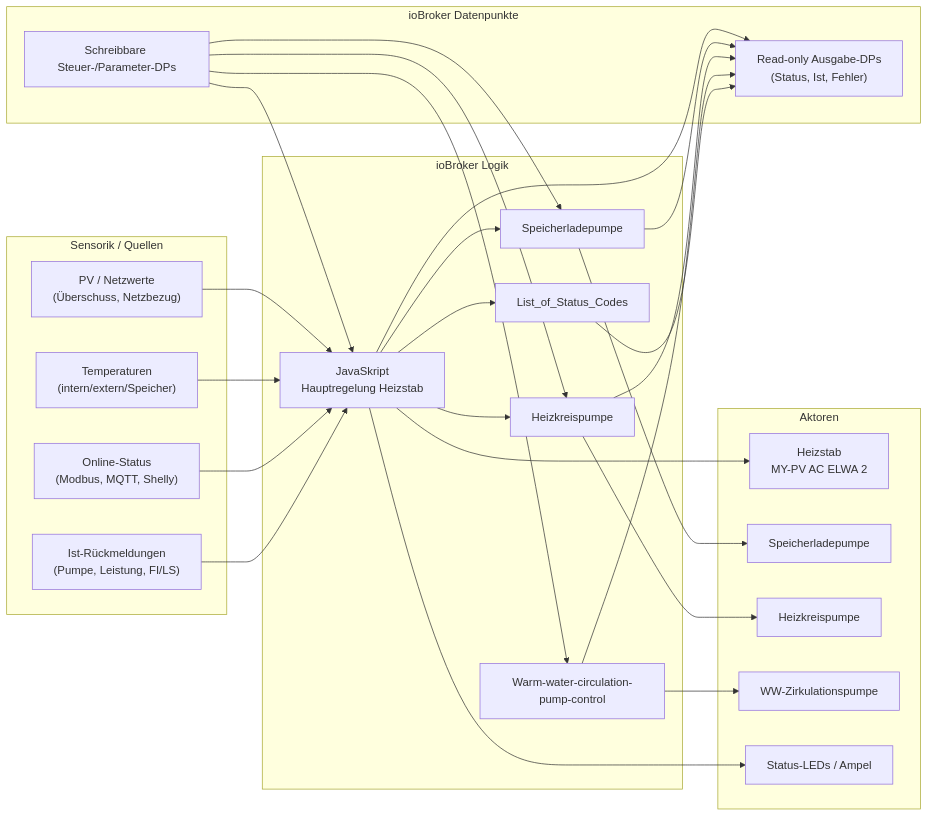
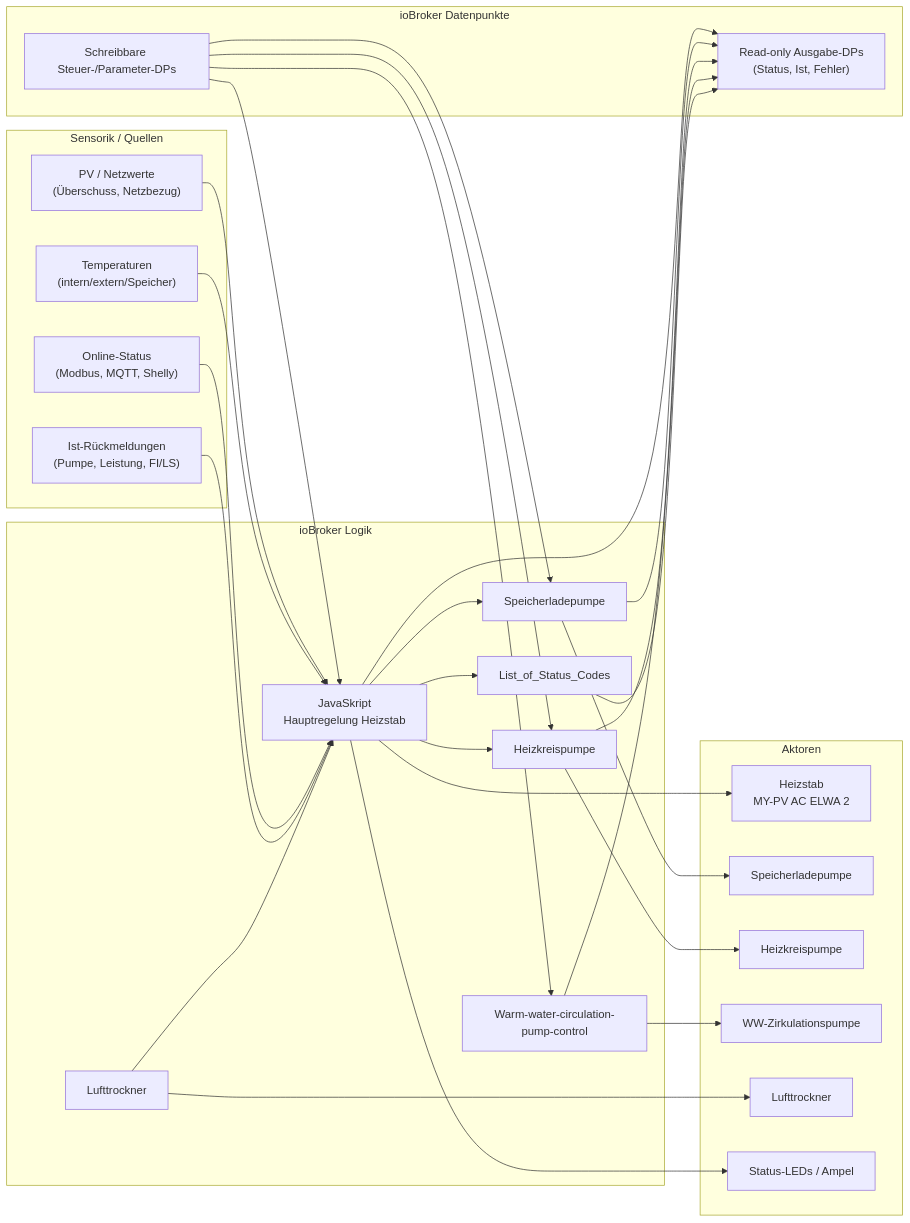
The diagram in README.md (vorarlberg/Power-to-Heat), drawn with Mermaid before and after one commit. The commit also changed other lines of this file and 1 other file, not shown here.

````diff
--- a/README.md
+++ b/README.md
@@ -606,56 +651,60 @@
 ```mermaid
 flowchart LR
     subgraph SENS["Sensorik / Quellen"]
         PV["PV / Netzwerte<br/>(Überschuss, Netzbezug)"]
         TEMP["Temperaturen<br/>(intern/extern/Speicher)"]
         ONLINE["Online-Status<br/>(Modbus, MQTT, Shelly)"]
         IST["Ist-Rückmeldungen<br/>(Pumpe, Leistung, FI/LS)"]
     end
 
     subgraph CTRL["ioBroker Logik"]
         MAIN["JavaSkript<br/>Hauptregelung Heizstab"]
         SP["Speicherladepumpe"]
         HK["Heizkreispumpe"]
         WW["Warm-water-circulation-pump-control"]
+        LT["Lufttrockner"]
         CODES["List_of_Status_Codes"]
     end
 
     subgraph ACT["Aktoren"]
         ELWA["Heizstab<br/>MY-PV AC ELWA 2"]
         P1["Speicherladepumpe"]
         P2["Heizkreispumpe"]
         P3["WW-Zirkulationspumpe"]
+        DRY["Lufttrockner"]
         LED["Status-LEDs / Ampel"]
     end
 
     subgraph DP["ioBroker Datenpunkte"]
         INDP["Schreibbare Steuer-/Parameter-DPs"]
         OUTDP["Read-only Ausgabe-DPs<br/>(Status, Ist, Fehler)"]
     end
 
     PV --> MAIN
     TEMP --> MAIN
     ONLINE --> MAIN
     IST --> MAIN
 
     MAIN --> ELWA
     MAIN --> LED
     MAIN --> SP
     MAIN --> HK
     MAIN --> CODES
 
     SP --> P1
     HK --> P2
     WW --> P3
+    LT --> DRY
+    LT --> MAIN
 
     INDP --> MAIN
     INDP --> SP
     INDP --> HK
     INDP --> WW
 
     MAIN --> OUTDP
     SP --> OUTDP
     HK --> OUTDP
     WW --> OUTDP
     CODES --> OUTDP
 ```
````
